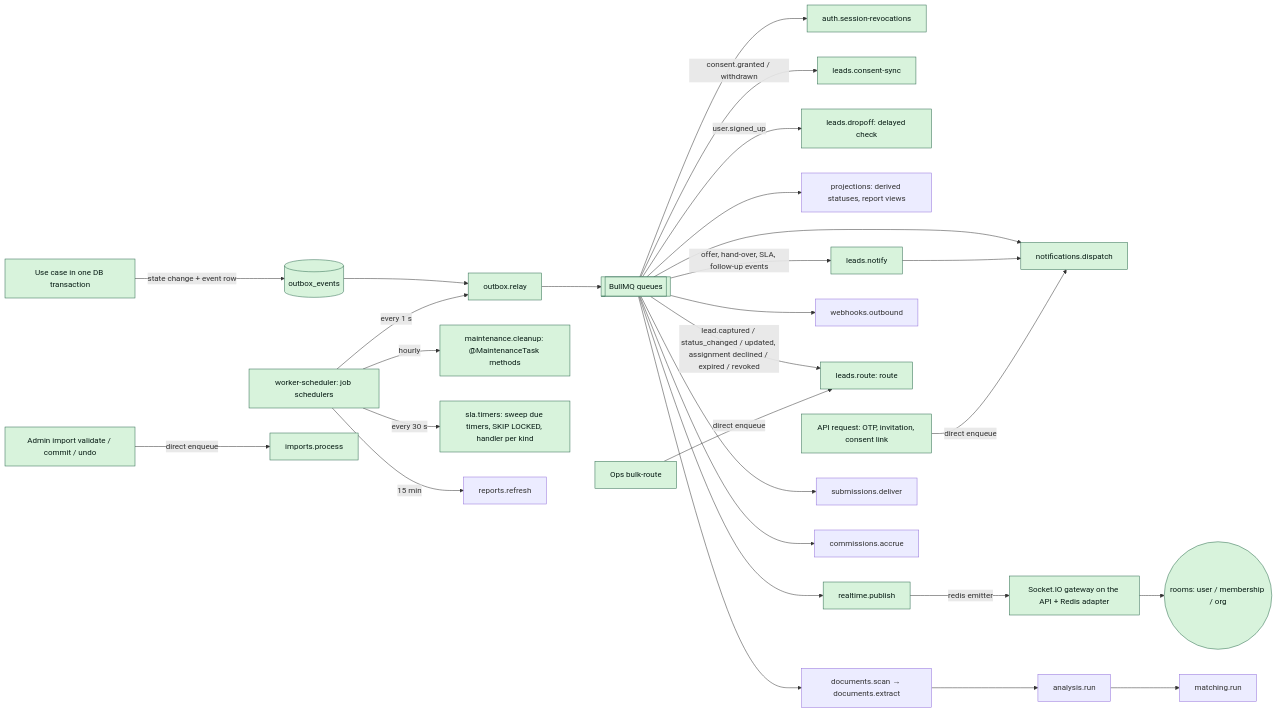
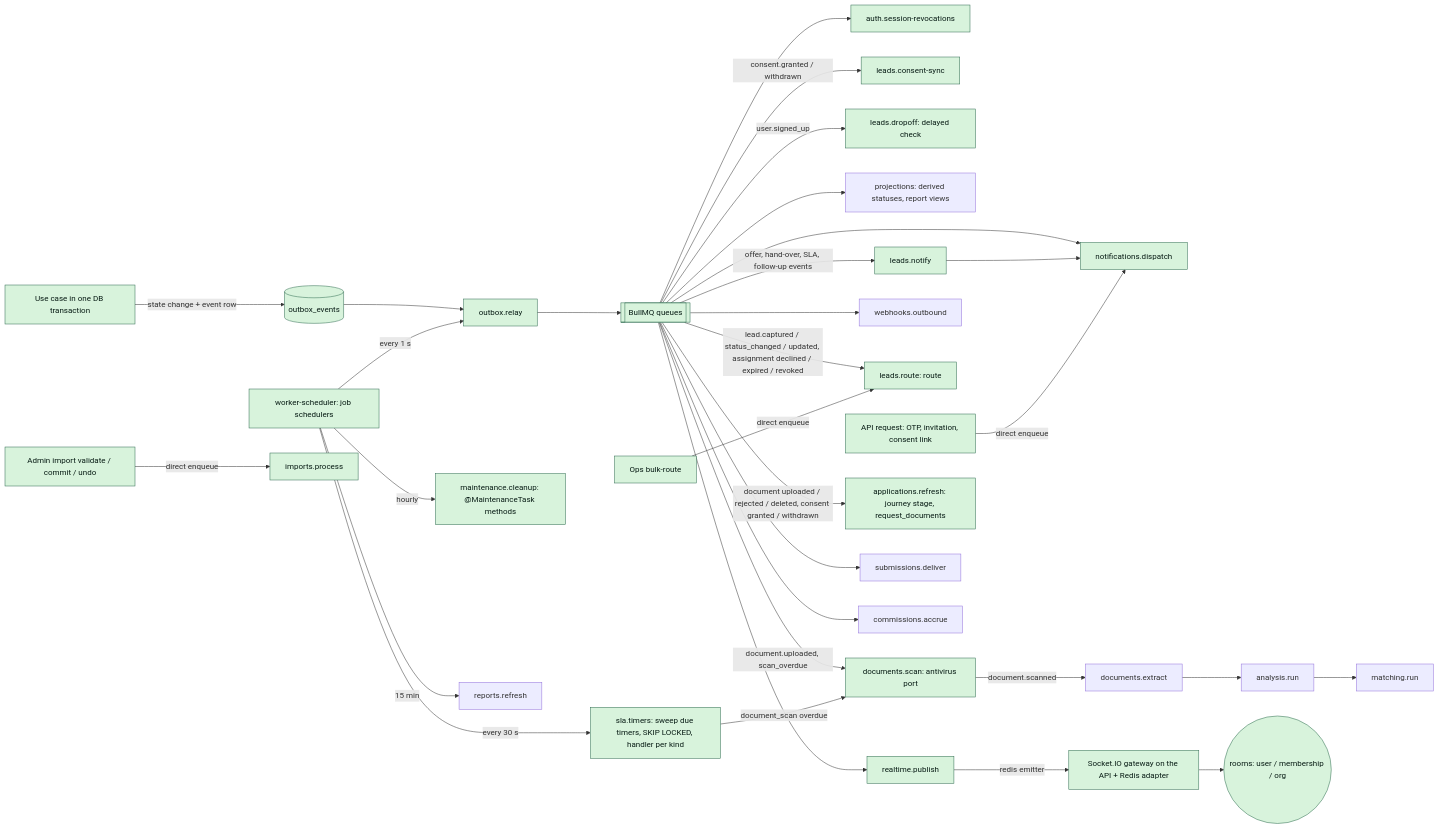
Before and after one commit to Shaikhfaruk/fundenflo: diagram 15 of 15 in docs/ARCHITECTURE.md, drawn with Mermaid. The commit also changed other lines of this file and 83 other files, not shown here.

Commit message:
M3b: document upload with type sniffing, antivirus scan queue, download links, checklist satisfaction and application refresh

````diff
--- a/docs/ARCHITECTURE.md
+++ b/docs/ARCHITECTURE.md
@@ -473,31 +500,34 @@
 ```mermaid
 flowchart LR
   UC[Use case in one DB transaction] -->|state change + event row| OB[(outbox_events)]
   OB --> RELAY[outbox.relay]
   SCHED[worker-scheduler: job schedulers] -->|every 1 s| RELAY
   SCHED -->|hourly| MAINT[maintenance.cleanup: @MaintenanceTask methods]
   RELAY --> Q[[BullMQ queues]]
   Q --> REVOKE[auth.session-revocations]
   Q -->|consent.granted / withdrawn| CSYNC[leads.consent-sync]
   Q -->|user.signed_up| DROPQ[leads.dropoff: delayed check]
   Q --> PROJ[projections: derived statuses, report views]
   Q --> NOTIF[notifications.dispatch]
   Q -->|offer, hand-over, SLA, follow-up events| LNOTIFY[leads.notify] --> NOTIF
   Q --> RTP[realtime.publish]
   Q --> WHO[webhooks.outbound]
   SCHED -->|every 30 s| SLAQ[sla.timers: sweep due timers, SKIP LOCKED, handler per kind]
   Q -->|lead.captured / status_changed / updated, assignment declined / expired / revoked| ROUTEQ[leads.route: route]
   OPSR[Ops bulk-route] -->|direct enqueue| ROUTEQ
-  Q --> DOCQ[documents.scan → documents.extract]
+  Q -->|document.uploaded, scan_overdue| SCANQ[documents.scan: antivirus port]
+  SCANQ -->|document.scanned| DOCQ[documents.extract]
+  SLAQ -->|document_scan overdue| SCANQ
+  Q -->|document uploaded / rejected / deleted, consent granted / withdrawn| APPREF[applications.refresh: journey stage, request_documents]
   DOCQ --> ANQ[analysis.run]
   ANQ --> MQ2[matching.run]
   Q --> SUBQ[submissions.deliver]
   Q --> COMQ[commissions.accrue]
   RTP -->|redis emitter| GW[Socket.IO gateway on the API + Redis adapter]
   GW --> ROOMS((rooms: user / membership / org))
   IMPAPI[Admin import validate / commit / undo] -->|direct enqueue| IMPQ[imports.process]
   SCHED -->|15 min| REP[reports.refresh]
   API[API request: OTP, invitation, consent link] -->|direct enqueue| NOTIF
   classDef built fill:#d8f3dc,stroke:#2d6a4f,color:#081c15
-  class UC,OB,RELAY,SCHED,MAINT,Q,REVOKE,CSYNC,DROPQ,NOTIF,API,IMPAPI,IMPQ,ROUTEQ,OPSR,SLAQ,LNOTIFY,RTP,GW,ROOMS built
+  class UC,OB,RELAY,SCHED,MAINT,Q,REVOKE,CSYNC,DROPQ,NOTIF,API,IMPAPI,IMPQ,ROUTEQ,OPSR,SLAQ,LNOTIFY,RTP,GW,ROOMS,SCANQ,APPREF built
 ```
````
